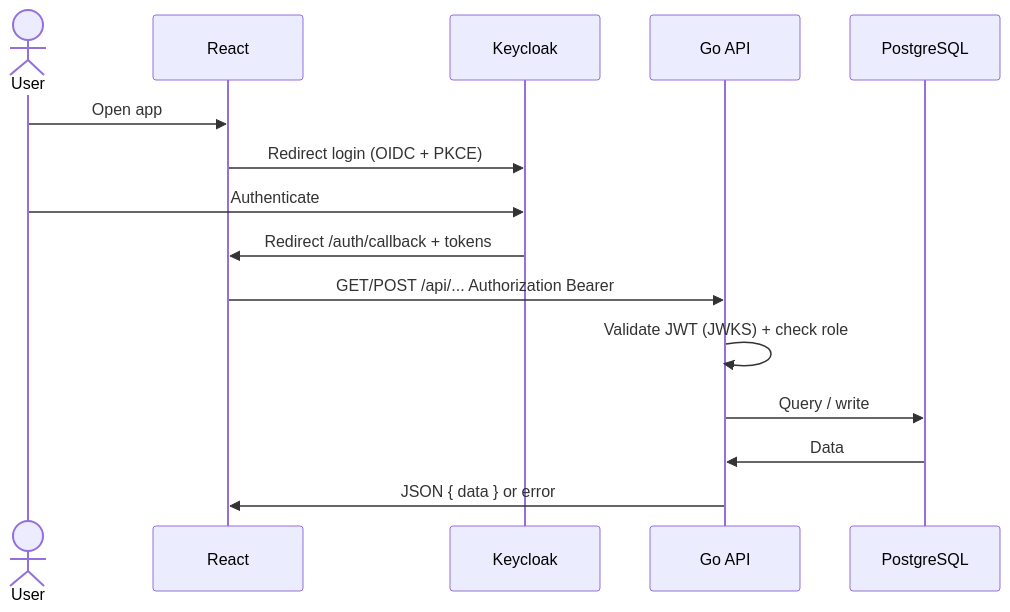
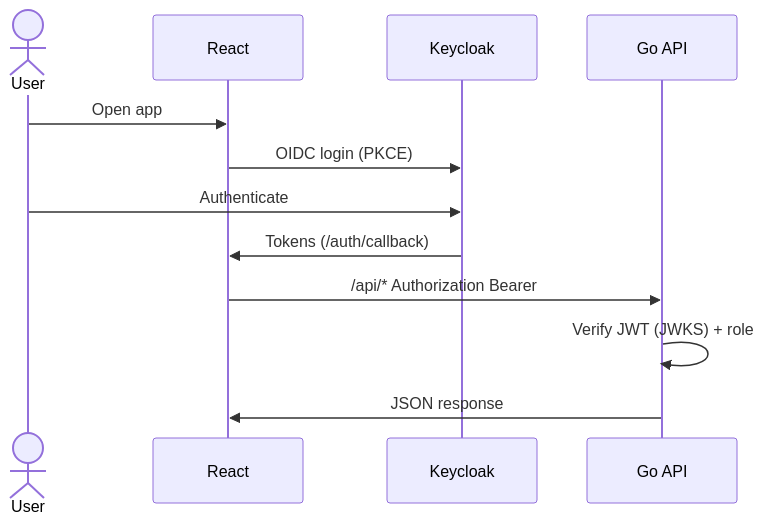
One commit to ChakerYaakoub/CyberWatch changed the third of 5 diagrams in README.md. Above: the diagram before and after it, drawn with Mermaid. The commit also changed other lines of this file and 7 other files, not shown here.

Commit message:
fix(docs): rewrite README for current stack and add planned architecture

````diff
--- a/README.md
+++ b/README.md
@@ -124,18 +122,15 @@
 ```mermaid
 sequenceDiagram
   actor User
   participant FE as React
   participant KC as Keycloak
   participant API as Go API
-  participant DB as PostgreSQL
 
   User->>FE: Open app
-  FE->>KC: Redirect login (OIDC + PKCE)
+  FE->>KC: OIDC login (PKCE)
   User->>KC: Authenticate
-  KC->>FE: Redirect /auth/callback + tokens
-  FE->>API: GET/POST /api/... Authorization Bearer
-  API->>API: Validate JWT (JWKS) + check role
-  API->>DB: Query / write
-  DB->>API: Data
-  API->>FE: JSON { data } or error
+  KC->>FE: Tokens (/auth/callback)
+  FE->>API: /api/* Authorization Bearer
+  API->>API: Verify JWT (JWKS) + role
+  API->>FE: JSON response
 ```
````
